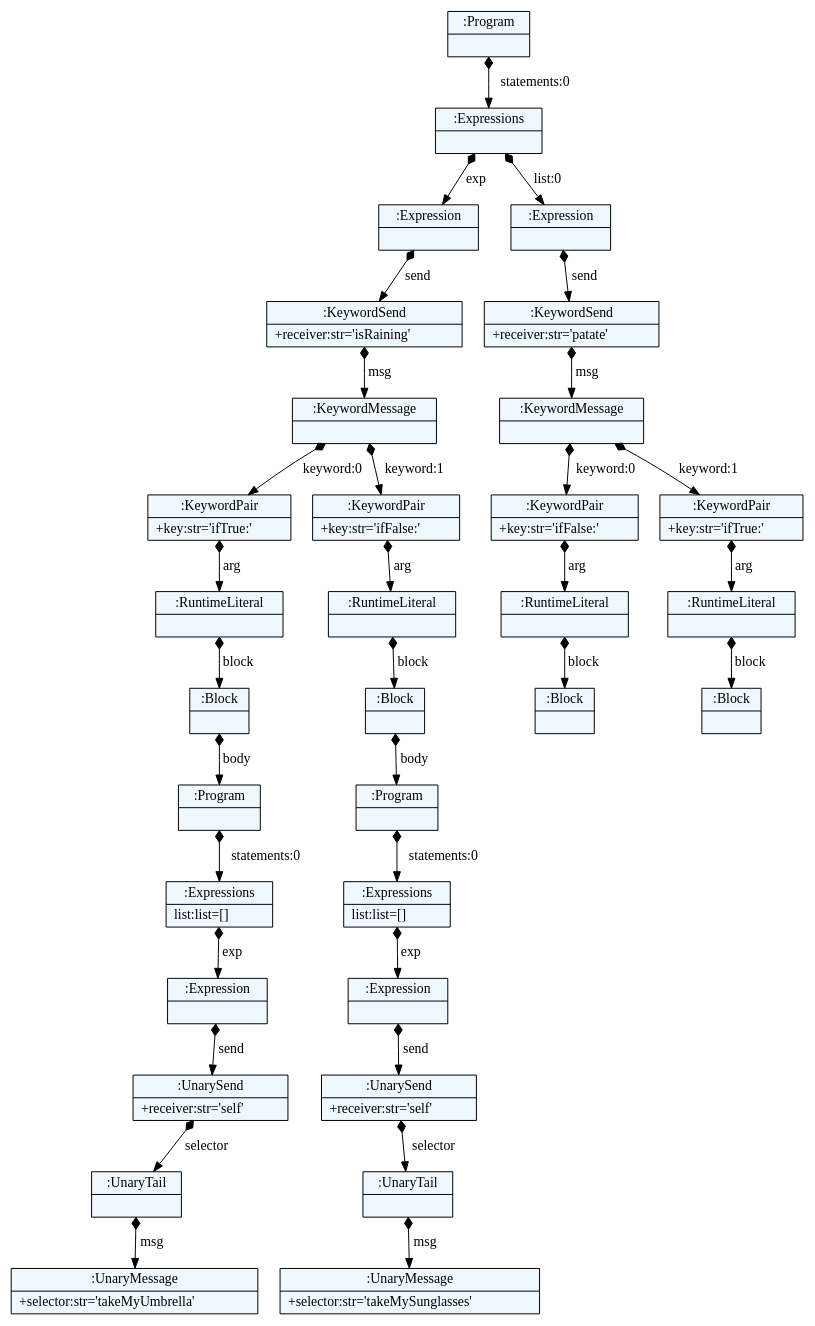
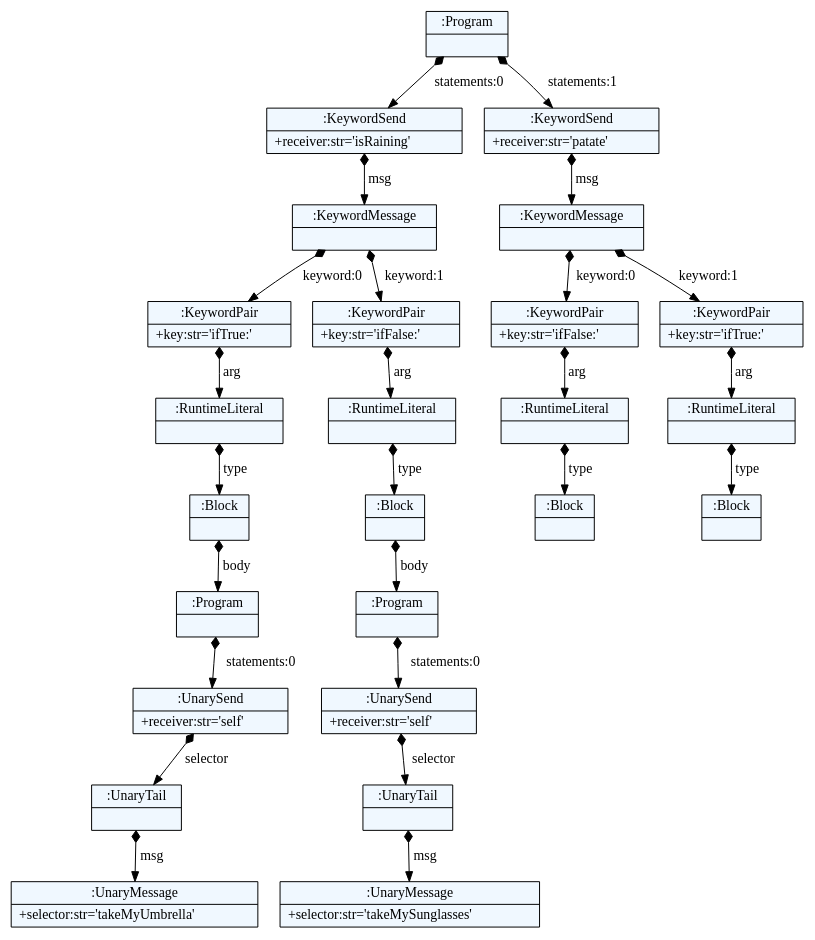
Before and after one commit to spcnz/smalltalk-parser: the diagram in parser/dot/conditional.dot, drawn with Graphviz. The commit also changed 6093 other files, not shown here.

```diff
--- a/parser/dot/conditional.dot
+++ b/parser/dot/conditional.dot
@@ -1,78 +1,64 @@
 
     digraph textX {
     fontname = "Bitstream Vera Sans"
     fontsize = 8
     node[
         shape=record,
         style=filled,
         fillcolor=aliceblue
     ]
     nodesep = 0.3
     edge[dir=black,arrowtail=empty]
 
 
-2686594269592 -> 2686625854576 [label="statements:0" arrowtail=diamond dir=both]
-2686625854576 -> 2686715923312 [label="exp" arrowtail=diamond dir=both]
-2686715923312 -> 2686715923480 [label="send" arrowtail=diamond dir=both]
-2686715923480 -> 2686715923704 [label="msg" arrowtail=diamond dir=both]
-2686715923704 -> 2686715923816 [label="keyword:0" arrowtail=diamond dir=both]
-2686715923816 -> 2686715924040 [label="arg" arrowtail=diamond dir=both]
-2686715924040 -> 2686715924208 [label="block" arrowtail=diamond dir=both]
-2686715924208 -> 2686715924376 [label="body" arrowtail=diamond dir=both]
-2686715924376 -> 2686716670136 [label="statements:0" arrowtail=diamond dir=both]
-2686716670136 -> 2686716670248 [label="exp" arrowtail=diamond dir=both]
-2686716670248 -> 2686716670416 [label="send" arrowtail=diamond dir=both]
-2686716670416 -> 2686716670640 [label="selector" arrowtail=diamond dir=both]
-2686716670640 -> 2686716670752 [label="msg" arrowtail=diamond dir=both]
-2686716670752[label="{:UnaryMessage|+selector:str='takeMyUmbrella'\l}"]
-2686716670640[label="{:UnaryTail|}"]
-2686716670416[label="{:UnarySend|+receiver:str='self'\l}"]
-2686716670248[label="{:Expression|}"]
-2686716670136[label="{:Expressions|list:list=[]\l}"]
-2686715924376[label="{:Program|}"]
-2686715924208[label="{:Block|}"]
-2686715924040[label="{:RuntimeLiteral|}"]
-2686715923816[label="{:KeywordPair|+key:str='ifTrue:'\l}"]
-2686715923704 -> 2686715923872 [label="keyword:1" arrowtail=diamond dir=both]
-2686715923872 -> 2686715924264 [label="arg" arrowtail=diamond dir=both]
-2686715924264 -> 2686715924432 [label="block" arrowtail=diamond dir=both]
-2686715924432 -> 2686716670192 [label="body" arrowtail=diamond dir=both]
-2686716670192 -> 2686716670528 [label="statements:0" arrowtail=diamond dir=both]
-2686716670528 -> 2686716670696 [label="exp" arrowtail=diamond dir=both]
-2686716670696 -> 2686716670976 [label="send" arrowtail=diamond dir=both]
-2686716670976 -> 2686716671144 [label="selector" arrowtail=diamond dir=both]
-2686716671144 -> 2686716671256 [label="msg" arrowtail=diamond dir=both]
-2686716671256[label="{:UnaryMessage|+selector:str='takeMySunglasses'\l}"]
-2686716671144[label="{:UnaryTail|}"]
-2686716670976[label="{:UnarySend|+receiver:str='self'\l}"]
-2686716670696[label="{:Expression|}"]
-2686716670528[label="{:Expressions|list:list=[]\l}"]
-2686716670192[label="{:Program|}"]
-2686715924432[label="{:Block|}"]
-2686715924264[label="{:RuntimeLiteral|}"]
-2686715923872[label="{:KeywordPair|+key:str='ifFalse:'\l}"]
-2686715923704[label="{:KeywordMessage|}"]
-2686715923480[label="{:KeywordSend|+receiver:str='isRaining'\l}"]
-2686715923312[label="{:Expression|}"]
-2686625854576 -> 2686715923368 [label="list:0" arrowtail=diamond dir=both]
-2686715923368 -> 2686715923592 [label="send" arrowtail=diamond dir=both]
-2686715923592 -> 2686715924096 [label="msg" arrowtail=diamond dir=both]
-2686715924096 -> 2686715924320 [label="keyword:0" arrowtail=diamond dir=both]
-2686715924320 -> 2686716670360 [label="arg" arrowtail=diamond dir=both]
-2686716670360 -> 2686716670584 [label="block" arrowtail=diamond dir=both]
-2686716670584[label="{:Block|}"]
-2686716670360[label="{:RuntimeLiteral|}"]
-2686715924320[label="{:KeywordPair|+key:str='ifFalse:'\l}"]
-2686715924096 -> 2686716670024 [label="keyword:1" arrowtail=diamond dir=both]
-2686716670024 -> 2686716670808 [label="arg" arrowtail=diamond dir=both]
-2686716670808 -> 2686716671032 [label="block" arrowtail=diamond dir=both]
-2686716671032[label="{:Block|}"]
-2686716670808[label="{:RuntimeLiteral|}"]
-2686716670024[label="{:KeywordPair|+key:str='ifTrue:'\l}"]
-2686715924096[label="{:KeywordMessage|}"]
-2686715923592[label="{:KeywordSend|+receiver:str='patate'\l}"]
-2686715923368[label="{:Expression|}"]
-2686625854576[label="{:Expressions|}"]
-2686594269592[label="{:Program|}"]
+2614556530784 -> 2614587774848 [label="statements:0" arrowtail=diamond dir=both]
+2614587774848 -> 2614561085872 [label="msg" arrowtail=diamond dir=both]
+2614561085872 -> 2614561086208 [label="keyword:0" arrowtail=diamond dir=both]
+2614561086208 -> 2614561085648 [label="arg" arrowtail=diamond dir=both]
+2614561085648 -> 2614561086600 [label="type" arrowtail=diamond dir=both]
+2614561086600 -> 2614561084472 [label="body" arrowtail=diamond dir=both]
+2614561084472 -> 2614561083520 [label="statements:0" arrowtail=diamond dir=both]
+2614561083520 -> 2614561085480 [label="selector" arrowtail=diamond dir=both]
+2614561085480 -> 2614561085928 [label="msg" arrowtail=diamond dir=both]
+2614561085928[label="{:UnaryMessage|+selector:str='takeMyUmbrella'\l}"]
+2614561085480[label="{:UnaryTail|}"]
+2614561083520[label="{:UnarySend|+receiver:str='self'\l}"]
+2614561084472[label="{:Program|}"]
+2614561086600[label="{:Block|}"]
+2614561085648[label="{:RuntimeLiteral|}"]
+2614561086208[label="{:KeywordPair|+key:str='ifTrue:'\l}"]
+2614561085872 -> 2614561087272 [label="keyword:1" arrowtail=diamond dir=both]
+2614561087272 -> 2614561086824 [label="arg" arrowtail=diamond dir=both]
+2614561086824 -> 2614561084584 [label="type" arrowtail=diamond dir=both]
+2614561084584 -> 2614561086264 [label="body" arrowtail=diamond dir=both]
+2614561086264 -> 2614561085760 [label="statements:0" arrowtail=diamond dir=both]
+2614561085760 -> 2614561085256 [label="selector" arrowtail=diamond dir=both]
+2614561085256 -> 2614561086656 [label="msg" arrowtail=diamond dir=both]
+2614561086656[label="{:UnaryMessage|+selector:str='takeMySunglasses'\l}"]
+2614561085256[label="{:UnaryTail|}"]
+2614561085760[label="{:UnarySend|+receiver:str='self'\l}"]
+2614561086264[label="{:Program|}"]
+2614561084584[label="{:Block|}"]
+2614561086824[label="{:RuntimeLiteral|}"]
+2614561087272[label="{:KeywordPair|+key:str='ifFalse:'\l}"]
+2614561085872[label="{:KeywordMessage|}"]
+2614587774848[label="{:KeywordSend|+receiver:str='isRaining'\l}"]
+2614556530784 -> 2614552920304 [label="statements:1" arrowtail=diamond dir=both]
+2614552920304 -> 2614561086488 [label="msg" arrowtail=diamond dir=both]
+2614561086488 -> 2614561084640 [label="keyword:0" arrowtail=diamond dir=both]
+2614561084640 -> 2614561086768 [label="arg" arrowtail=diamond dir=both]
+2614561086768 -> 2614561084416 [label="type" arrowtail=diamond dir=both]
+2614561084416[label="{:Block|}"]
+2614561086768[label="{:RuntimeLiteral|}"]
+2614561084640[label="{:KeywordPair|+key:str='ifFalse:'\l}"]
+2614561086488 -> 2614561086880 [label="keyword:1" arrowtail=diamond dir=both]
+2614561086880 -> 2614561086376 [label="arg" arrowtail=diamond dir=both]
+2614561086376 -> 2614561086544 [label="type" arrowtail=diamond dir=both]
+2614561086544[label="{:Block|}"]
+2614561086376[label="{:RuntimeLiteral|}"]
+2614561086880[label="{:KeywordPair|+key:str='ifTrue:'\l}"]
+2614561086488[label="{:KeywordMessage|}"]
+2614552920304[label="{:KeywordSend|+receiver:str='patate'\l}"]
+2614556530784[label="{:Program|}"]
 
 }
```
